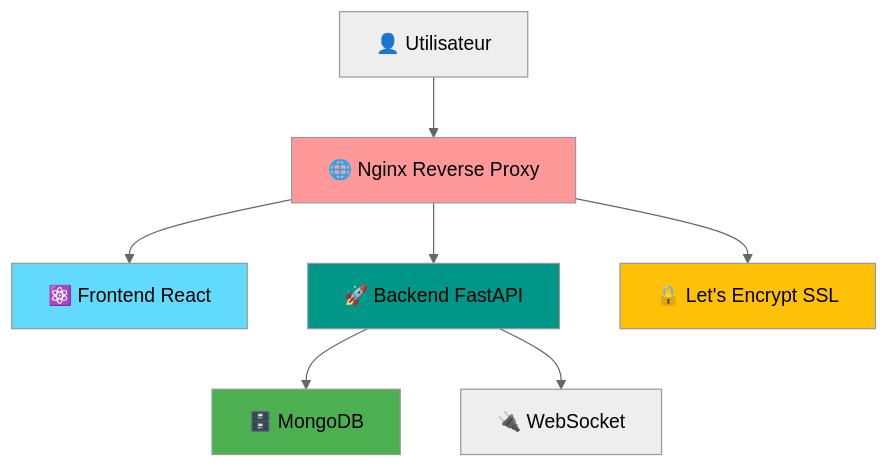
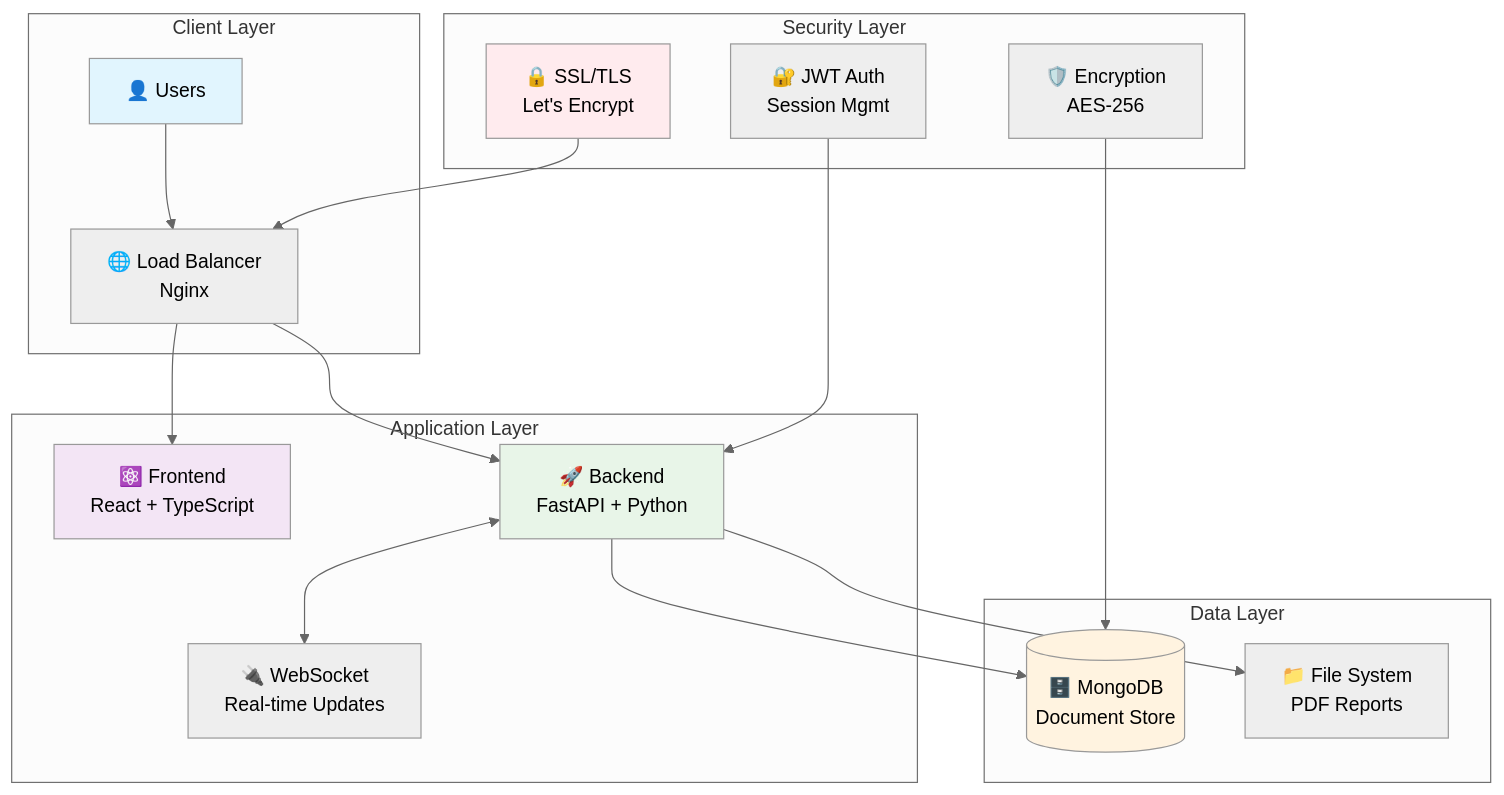
The diagram in README.md (KiiTuNp/SUPERV), drawn with Mermaid (neutral theme) before and after one commit. The commit also changed other lines of this file and 3 other files, not shown here.

````diff
--- a/README.md
+++ b/README.md
@@ -126,15 +137,29 @@
 ```mermaid
 graph TB
-    U[👤 Utilisateur] --> N[🌐 Nginx Reverse Proxy]
-    N --> F[⚛️ Frontend React]
-    N --> B[🚀 Backend FastAPI]
-    B --> M[🗄️ MongoDB]
-    B --> W[🔌 WebSocket]
-    N --> SSL[🔒 Let's Encrypt SSL]
+    subgraph "Client Layer"
+        U[👤 Users] --> LB[🌐 Load Balancer<br/>Nginx]
+    end
     
-    style N fill:#ff9999
-    style F fill:#61dafb
-    style B fill:#009688
-    style M fill:#4caf50
-    style SSL fill:#ffc107
+    subgraph "Application Layer"  
+        LB --> FE[⚛️ Frontend<br/>React + TypeScript]
+        LB --> BE[🚀 Backend<br/>FastAPI + Python]
+        BE <--> WS[🔌 WebSocket<br/>Real-time Updates]
+    end
+    
+    subgraph "Data Layer"
+        BE --> DB[(🗄️ MongoDB<br/>Document Store)]
+        BE --> FS[📁 File System<br/>PDF Reports]
+    end
+    
+    subgraph "Security Layer"
+        SSL[🔒 SSL/TLS<br/>Let's Encrypt] --> LB
+        AUTH[🔐 JWT Auth<br/>Session Mgmt] --> BE
+        ENC[🛡️ Encryption<br/>AES-256] --> DB
+    end
+    
+    style U fill:#e1f5fe
+    style FE fill:#f3e5f5
+    style BE fill:#e8f5e8
+    style DB fill:#fff3e0
+    style SSL fill:#ffebee
 ```
````
